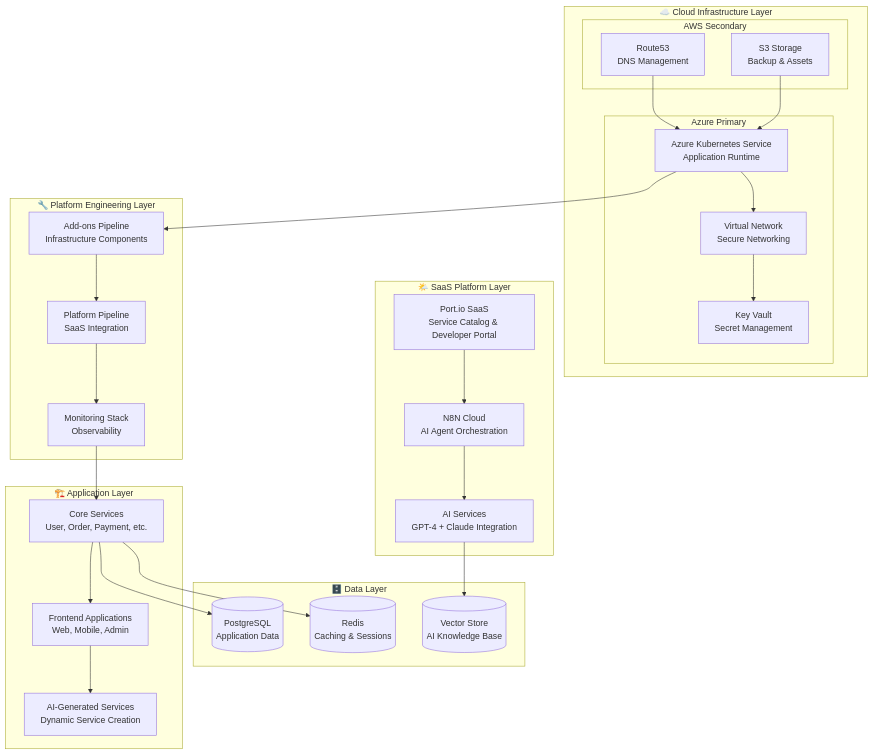
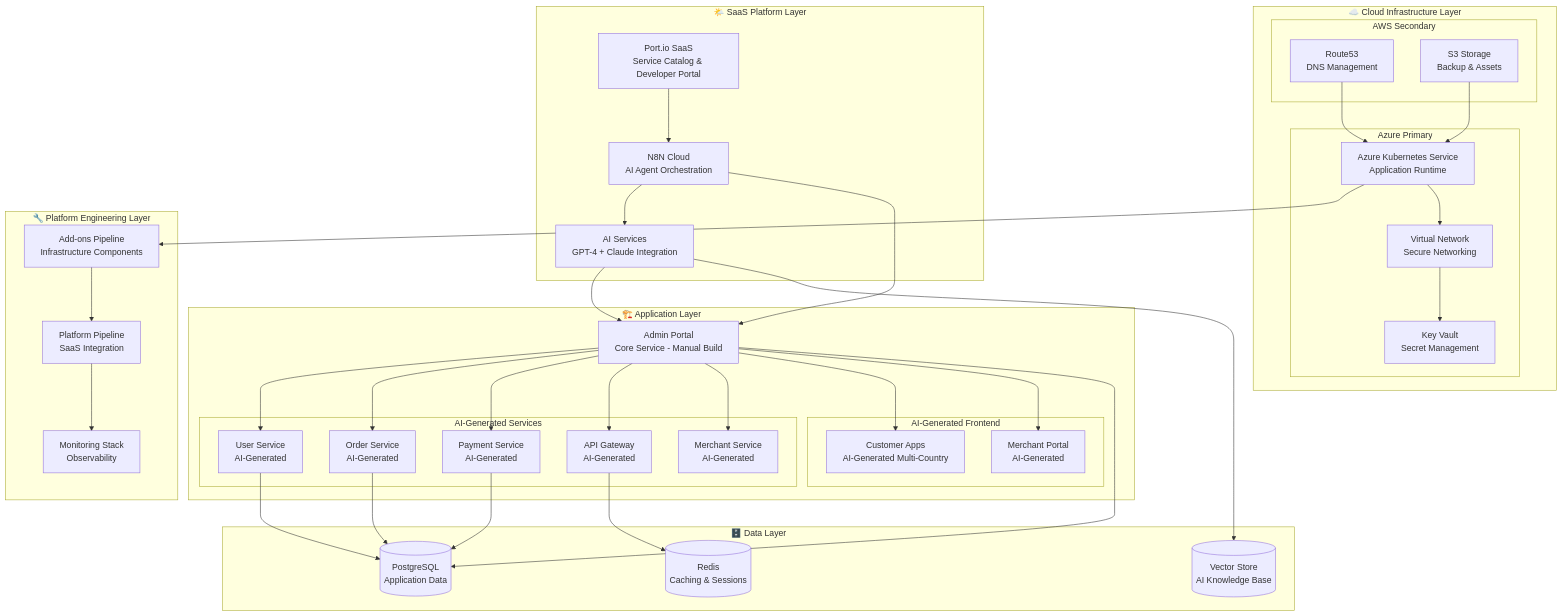
One commit to msdp-platform/msdp-documentation changed the first of 4 diagrams in MSDP_MASTER_DEPLOYMENT_GUIDE.md. Above: the diagram before and after it, drawn with Mermaid. The commit also changed other lines of this file, not shown here.

Commit message:
fix: Correct Application Layer architecture - Admin Portal as only manual build
CRITICAL ARCHITECTURE CORRECTION:
- Admin Portal is the ONLY core service built manually
- All other services (User, Order, Payment, API Gateway, Merchant) are AI-generated
- All frontend applications (Customer Apps, Merchant Portal) are AI-generated
- Admin Portal controls and orchestrates all AI-generated services
- N8N and AI agents drive service generation through Admin Portal

Changes made:
• Application Layer restructured with proper AI-driven approach
• Admin Portal positioned as central control service
• AI-Generated Services subgroup for all business services
• AI-Generated Frontend subgroup for all customer-facing apps
• Updated connection flows to show Admin Portal controlling AI services
• Building Block Architecture updated to reflect manual vs AI-generated split

This aligns with the revolutionary AI-driven service generation vision where only the Admin Portal is manually built and everything else is generated by AI in 7 minutes.

```diff
--- a/MSDP_MASTER_DEPLOYMENT_GUIDE.md
+++ b/MSDP_MASTER_DEPLOYMENT_GUIDE.md
@@ -66,9 +66,20 @@
     end
     
     subgraph "🏗️ Application Layer"
-        CORE[Core Services<br/>User, Order, Payment, etc.]
-        FRONT[Frontend Applications<br/>Web, Mobile, Admin]
-        GEN[AI-Generated Services<br/>Dynamic Service Creation]
+        ADMIN[Admin Portal<br/>Core Service - Manual Build]
+        
+        subgraph "AI-Generated Services"
+            USER[User Service<br/>AI-Generated]
+            ORDER[Order Service<br/>AI-Generated]
+            PAYMENT[Payment Service<br/>AI-Generated]
+            API[API Gateway<br/>AI-Generated]
+            MERCHANT[Merchant Service<br/>AI-Generated]
+        end
+        
+        subgraph "AI-Generated Frontend"
+            CUSTOMER[Customer Apps<br/>AI-Generated Multi-Country]
+            VENDOR[Merchant Portal<br/>AI-Generated]
+        end
     end
     
     subgraph "🗄️ Data Layer"
@@ -84,12 +95,25 @@
     ADDON --> PLAT
     PLAT --> MON
     
-    MON --> CORE
-    CORE --> FRONT
-    FRONT --> GEN
+    %% AI-Driven Service Generation Flow
+    N8N --> ADMIN
+    AI --> ADMIN
+    ADMIN --> USER
+    ADMIN --> ORDER
+    ADMIN --> PAYMENT
+    ADMIN --> API
+    ADMIN --> MERCHANT
     
-    CORE --> PG
-    CORE --> REDIS
+    %% AI-Generated Frontend Flow
+    ADMIN --> CUSTOMER
+    ADMIN --> VENDOR
+    
+    %% Data Layer Connections
+    USER --> PG
+    ORDER --> PG
+    PAYMENT --> PG
+    ADMIN --> PG
+    API --> REDIS
     AI --> VECTOR
     
     AKS --> VNET
```
